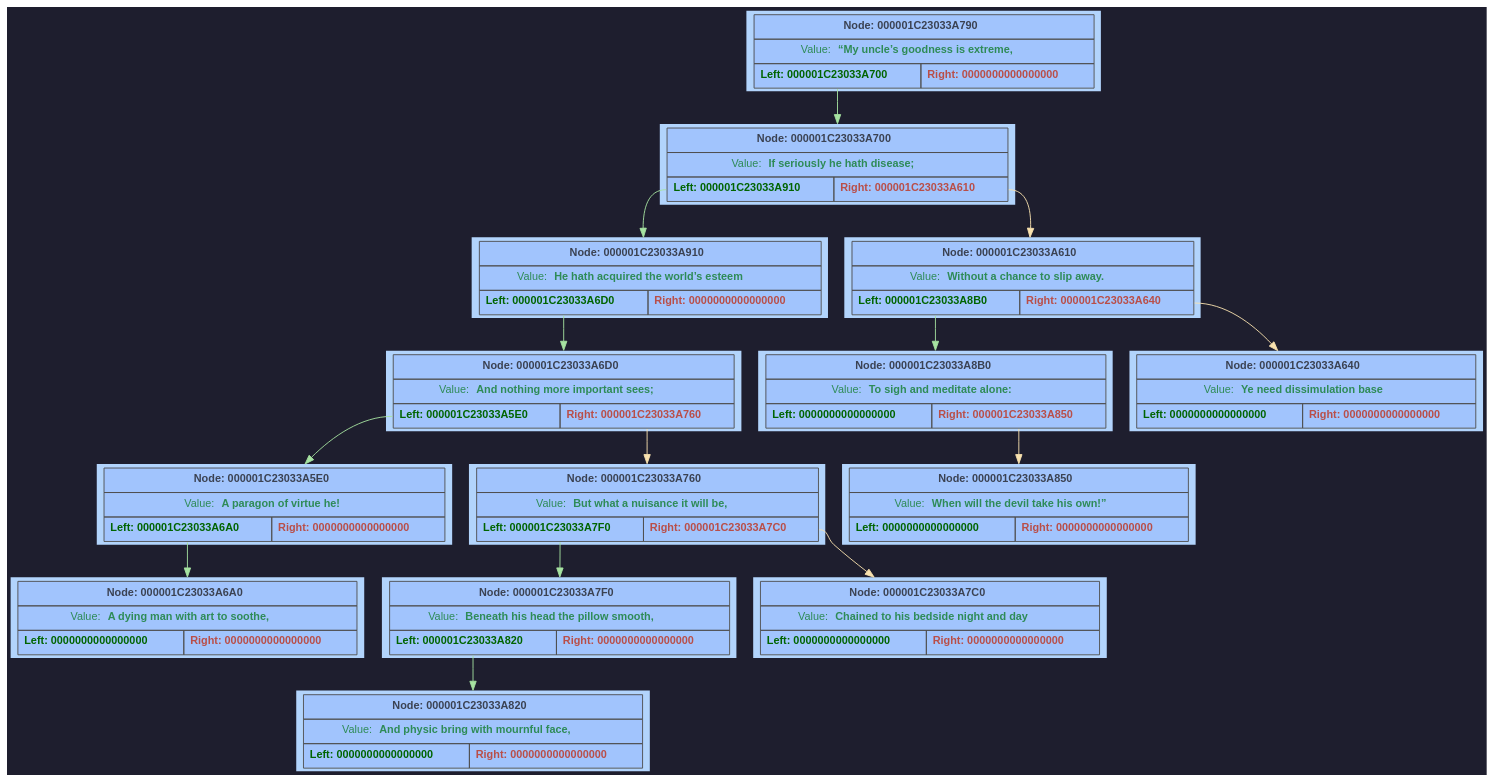
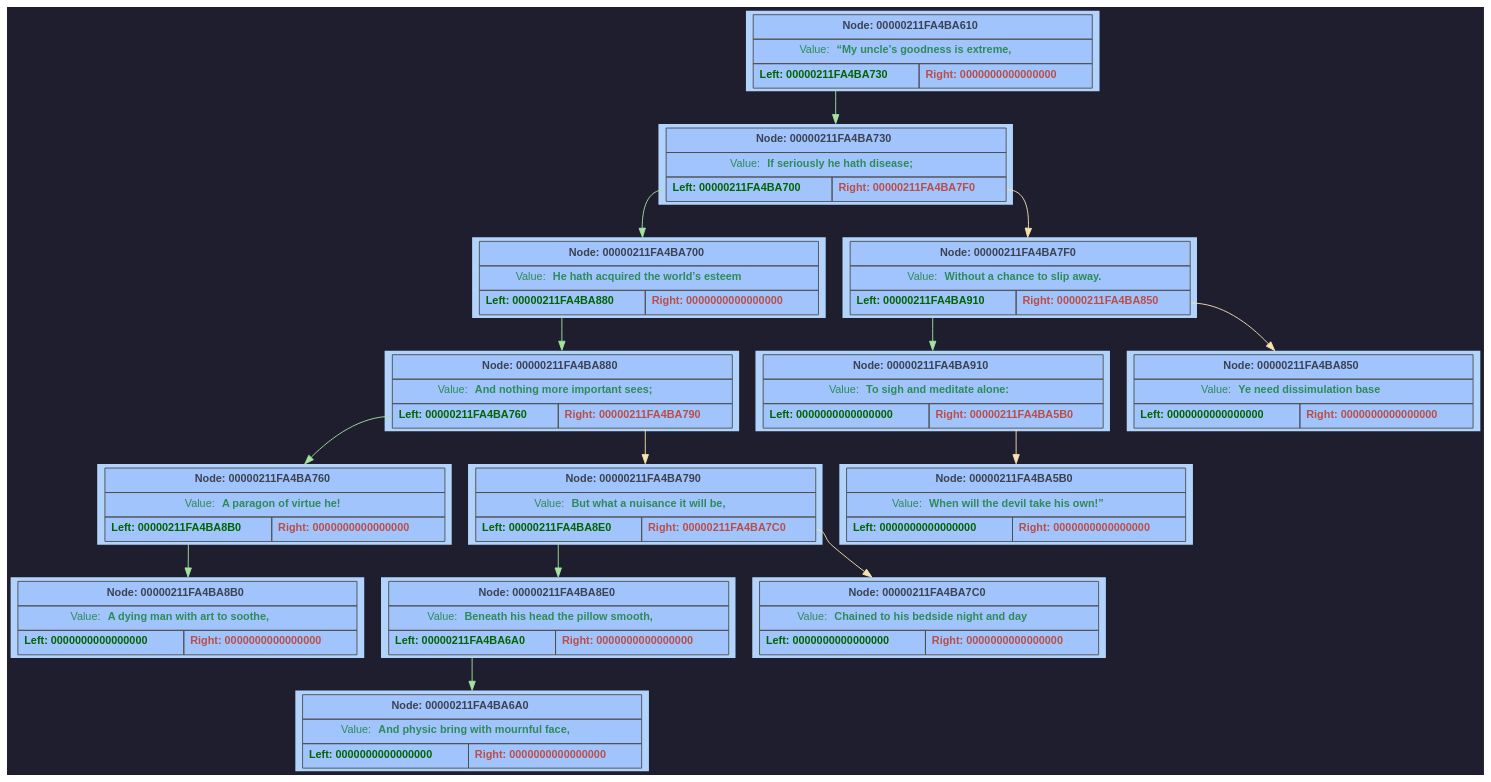
The diagram in OrdinaryBinaryTree/GraphDump/dump.dot (F1merhub/Binary_Tree), drawn with Graphviz before and after one commit. The commit also changed 3 other files, not shown here.

```diff
--- a/OrdinaryBinaryTree/GraphDump/dump.dot
+++ b/OrdinaryBinaryTree/GraphDump/dump.dot
@@ -2,143 +2,143 @@
 	rankdir = TB;
 	bgcolor="#1e1e2e";
 	node [shape=rectangle, style=filled, fontname=Helvetica, fontsize=12, fillcolor="#89b4fa", color="#cba6f7", fontcolor="#1e1e2e"];
-	node000001C23033A790 [shape=plaintext; style=filled; color="#fcf0d2"; fillcolor="#b2d4fc"; label = <
+	node00000211FA4BA610 [shape=plaintext; style=filled; color="#fcf0d2"; fillcolor="#b2d4fc"; label = <
 		         <table BORDER="0" CELLBORDER="1" CELLSPACING="0" CELLPADDING="6" BGCOLOR="#a1c4fd" COLOR="#4f4f4f">
-			           <tr><td align='center' colspan='2'><FONT COLOR='#3b4252'><b>Node: 000001C23033A790</b></FONT></td></tr>
+			           <tr><td align='center' colspan='2'><FONT COLOR='#3b4252'><b>Node: 00000211FA4BA610</b></FONT></td></tr>
 			           <tr><td align='center' colspan='2'><FONT COLOR='#2e8b57'>Value: <b>“My uncle’s goodness is extreme,</b></FONT></td></tr>
 			           <tr>
-			               <td WIDTH='150' PORT='left'  align='center'><FONT COLOR='#006400'><b>Left: 000001C23033A700</b></FONT></td>
+			               <td WIDTH='150' PORT='left'  align='center'><FONT COLOR='#006400'><b>Left: 00000211FA4BA730</b></FONT></td>
 			               <td WIDTH='150' PORT='right' align='center'><FONT COLOR='#b94e48'><b>Right: 0000000000000000</b></FONT></td>
 			           </tr>
 		         </table> >];
-	node000001C23033A700 [shape=plaintext; style=filled; color="#fcf0d2"; fillcolor="#b2d4fc"; label = <
+	node00000211FA4BA730 [shape=plaintext; style=filled; color="#fcf0d2"; fillcolor="#b2d4fc"; label = <
 		         <table BORDER="0" CELLBORDER="1" CELLSPACING="0" CELLPADDING="6" BGCOLOR="#a1c4fd" COLOR="#4f4f4f">
-			           <tr><td align='center' colspan='2'><FONT COLOR='#3b4252'><b>Node: 000001C23033A700</b></FONT></td></tr>
+			           <tr><td align='center' colspan='2'><FONT COLOR='#3b4252'><b>Node: 00000211FA4BA730</b></FONT></td></tr>
 			           <tr><td align='center' colspan='2'><FONT COLOR='#2e8b57'>Value: <b>If seriously he hath disease;</b></FONT></td></tr>
 			           <tr>
-			               <td WIDTH='150' PORT='left'  align='center'><FONT COLOR='#006400'><b>Left: 000001C23033A910</b></FONT></td>
-			               <td WIDTH='150' PORT='right' align='center'><FONT COLOR='#b94e48'><b>Right: 000001C23033A610</b></FONT></td>
+			               <td WIDTH='150' PORT='left'  align='center'><FONT COLOR='#006400'><b>Left: 00000211FA4BA700</b></FONT></td>
+			               <td WIDTH='150' PORT='right' align='center'><FONT COLOR='#b94e48'><b>Right: 00000211FA4BA7F0</b></FONT></td>
 			           </tr>
 		         </table> >];
-	node000001C23033A910 [shape=plaintext; style=filled; color="#fcf0d2"; fillcolor="#b2d4fc"; label = <
+	node00000211FA4BA700 [shape=plaintext; style=filled; color="#fcf0d2"; fillcolor="#b2d4fc"; label = <
 		         <table BORDER="0" CELLBORDER="1" CELLSPACING="0" CELLPADDING="6" BGCOLOR="#a1c4fd" COLOR="#4f4f4f">
-			           <tr><td align='center' colspan='2'><FONT COLOR='#3b4252'><b>Node: 000001C23033A910</b></FONT></td></tr>
+			           <tr><td align='center' colspan='2'><FONT COLOR='#3b4252'><b>Node: 00000211FA4BA700</b></FONT></td></tr>
 			           <tr><td align='center' colspan='2'><FONT COLOR='#2e8b57'>Value: <b>He hath acquired the world’s esteem</b></FONT></td></tr>
 			           <tr>
-			               <td WIDTH='150' PORT='left'  align='center'><FONT COLOR='#006400'><b>Left: 000001C23033A6D0</b></FONT></td>
+			               <td WIDTH='150' PORT='left'  align='center'><FONT COLOR='#006400'><b>Left: 00000211FA4BA880</b></FONT></td>
 			               <td WIDTH='150' PORT='right' align='center'><FONT COLOR='#b94e48'><b>Right: 0000000000000000</b></FONT></td>
 			           </tr>
 		         </table> >];
-	node000001C23033A6D0 [shape=plaintext; style=filled; color="#fcf0d2"; fillcolor="#b2d4fc"; label = <
+	node00000211FA4BA880 [shape=plaintext; style=filled; color="#fcf0d2"; fillcolor="#b2d4fc"; label = <
 		         <table BORDER="0" CELLBORDER="1" CELLSPACING="0" CELLPADDING="6" BGCOLOR="#a1c4fd" COLOR="#4f4f4f">
-			           <tr><td align='center' colspan='2'><FONT COLOR='#3b4252'><b>Node: 000001C23033A6D0</b></FONT></td></tr>
+			           <tr><td align='center' colspan='2'><FONT COLOR='#3b4252'><b>Node: 00000211FA4BA880</b></FONT></td></tr>
 			           <tr><td align='center' colspan='2'><FONT COLOR='#2e8b57'>Value: <b>And nothing more important sees;</b></FONT></td></tr>
 			           <tr>
-			               <td WIDTH='150' PORT='left'  align='center'><FONT COLOR='#006400'><b>Left: 000001C23033A5E0</b></FONT></td>
-			               <td WIDTH='150' PORT='right' align='center'><FONT COLOR='#b94e48'><b>Right: 000001C23033A760</b></FONT></td>
+			               <td WIDTH='150' PORT='left'  align='center'><FONT COLOR='#006400'><b>Left: 00000211FA4BA760</b></FONT></td>
+			               <td WIDTH='150' PORT='right' align='center'><FONT COLOR='#b94e48'><b>Right: 00000211FA4BA790</b></FONT></td>
 			           </tr>
 		         </table> >];
-	node000001C23033A5E0 [shape=plaintext; style=filled; color="#fcf0d2"; fillcolor="#b2d4fc"; label = <
+	node00000211FA4BA760 [shape=plaintext; style=filled; color="#fcf0d2"; fillcolor="#b2d4fc"; label = <
 		         <table BORDER="0" CELLBORDER="1" CELLSPACING="0" CELLPADDING="6" BGCOLOR="#a1c4fd" COLOR="#4f4f4f">
-			           <tr><td align='center' colspan='2'><FONT COLOR='#3b4252'><b>Node: 000001C23033A5E0</b></FONT></td></tr>
+			           <tr><td align='center' colspan='2'><FONT COLOR='#3b4252'><b>Node: 00000211FA4BA760</b></FONT></td></tr>
 			           <tr><td align='center' colspan='2'><FONT COLOR='#2e8b57'>Value: <b>A paragon of virtue he!</b></FONT></td></tr>
 			           <tr>
-			               <td WIDTH='150' PORT='left'  align='center'><FONT COLOR='#006400'><b>Left: 000001C23033A6A0</b></FONT></td>
+			               <td WIDTH='150' PORT='left'  align='center'><FONT COLOR='#006400'><b>Left: 00000211FA4BA8B0</b></FONT></td>
 			               <td WIDTH='150' PORT='right' align='center'><FONT COLOR='#b94e48'><b>Right: 0000000000000000</b></FONT></td>
 			           </tr>
 		         </table> >];
-	node000001C23033A6A0 [shape=plaintext; style=filled; color="#fcf0d2"; fillcolor="#b2d4fc"; label = <
+	node00000211FA4BA8B0 [shape=plaintext; style=filled; color="#fcf0d2"; fillcolor="#b2d4fc"; label = <
 		         <table BORDER="0" CELLBORDER="1" CELLSPACING="0" CELLPADDING="6" BGCOLOR="#a1c4fd" COLOR="#4f4f4f">
-			           <tr><td align='center' colspan='2'><FONT COLOR='#3b4252'><b>Node: 000001C23033A6A0</b></FONT></td></tr>
+			           <tr><td align='center' colspan='2'><FONT COLOR='#3b4252'><b>Node: 00000211FA4BA8B0</b></FONT></td></tr>
 			           <tr><td align='center' colspan='2'><FONT COLOR='#2e8b57'>Value: <b>A dying man with art to soothe,</b></FONT></td></tr>
 			           <tr>
 			               <td WIDTH='150' PORT='left'  align='center'><FONT COLOR='#006400'><b>Left: 0000000000000000</b></FONT></td>
 			               <td WIDTH='150' PORT='right' align='center'><FONT COLOR='#b94e48'><b>Right: 0000000000000000</b></FONT></td>
 			           </tr>
 		         </table> >];
-	node000001C23033A5E0:left -> node000001C23033A6A0 [color="#a6e3a1"]
-	node000001C23033A6D0:left -> node000001C23033A5E0 [color="#a6e3a1"]
-	node000001C23033A760 [shape=plaintext; style=filled; color="#fcf0d2"; fillcolor="#b2d4fc"; label = <
+	node00000211FA4BA760:left -> node00000211FA4BA8B0 [color="#a6e3a1"]
+	node00000211FA4BA880:left -> node00000211FA4BA760 [color="#a6e3a1"]
+	node00000211FA4BA790 [shape=plaintext; style=filled; color="#fcf0d2"; fillcolor="#b2d4fc"; label = <
 		         <table BORDER="0" CELLBORDER="1" CELLSPACING="0" CELLPADDING="6" BGCOLOR="#a1c4fd" COLOR="#4f4f4f">
-			           <tr><td align='center' colspan='2'><FONT COLOR='#3b4252'><b>Node: 000001C23033A760</b></FONT></td></tr>
+			           <tr><td align='center' colspan='2'><FONT COLOR='#3b4252'><b>Node: 00000211FA4BA790</b></FONT></td></tr>
 			           <tr><td align='center' colspan='2'><FONT COLOR='#2e8b57'>Value: <b>But what a nuisance it will be,</b></FONT></td></tr>
 			           <tr>
-			               <td WIDTH='150' PORT='left'  align='center'><FONT COLOR='#006400'><b>Left: 000001C23033A7F0</b></FONT></td>
-			               <td WIDTH='150' PORT='right' align='center'><FONT COLOR='#b94e48'><b>Right: 000001C23033A7C0</b></FONT></td>
+			               <td WIDTH='150' PORT='left'  align='center'><FONT COLOR='#006400'><b>Left: 00000211FA4BA8E0</b></FONT></td>
+			               <td WIDTH='150' PORT='right' align='center'><FONT COLOR='#b94e48'><b>Right: 00000211FA4BA7C0</b></FONT></td>
 			           </tr>
 		         </table> >];
-	node000001C23033A7F0 [shape=plaintext; style=filled; color="#fcf0d2"; fillcolor="#b2d4fc"; label = <
+	node00000211FA4BA8E0 [shape=plaintext; style=filled; color="#fcf0d2"; fillcolor="#b2d4fc"; label = <
 		         <table BORDER="0" CELLBORDER="1" CELLSPACING="0" CELLPADDING="6" BGCOLOR="#a1c4fd" COLOR="#4f4f4f">
-			           <tr><td align='center' colspan='2'><FONT COLOR='#3b4252'><b>Node: 000001C23033A7F0</b></FONT></td></tr>
+			           <tr><td align='center' colspan='2'><FONT COLOR='#3b4252'><b>Node: 00000211FA4BA8E0</b></FONT></td></tr>
 			           <tr><td align='center' colspan='2'><FONT COLOR='#2e8b57'>Value: <b>Beneath his head the pillow smooth,</b></FONT></td></tr>
 			           <tr>
-			               <td WIDTH='150' PORT='left'  align='center'><FONT COLOR='#006400'><b>Left: 000001C23033A820</b></FONT></td>
+			               <td WIDTH='150' PORT='left'  align='center'><FONT COLOR='#006400'><b>Left: 00000211FA4BA6A0</b></FONT></td>
 			               <td WIDTH='150' PORT='right' align='center'><FONT COLOR='#b94e48'><b>Right: 0000000000000000</b></FONT></td>
 			           </tr>
 		         </table> >];
-	node000001C23033A820 [shape=plaintext; style=filled; color="#fcf0d2"; fillcolor="#b2d4fc"; label = <
+	node00000211FA4BA6A0 [shape=plaintext; style=filled; color="#fcf0d2"; fillcolor="#b2d4fc"; label = <
 		         <table BORDER="0" CELLBORDER="1" CELLSPACING="0" CELLPADDING="6" BGCOLOR="#a1c4fd" COLOR="#4f4f4f">
-			           <tr><td align='center' colspan='2'><FONT COLOR='#3b4252'><b>Node: 000001C23033A820</b></FONT></td></tr>
+			           <tr><td align='center' colspan='2'><FONT COLOR='#3b4252'><b>Node: 00000211FA4BA6A0</b></FONT></td></tr>
 			           <tr><td align='center' colspan='2'><FONT COLOR='#2e8b57'>Value: <b>And physic bring with mournful face,</b></FONT></td></tr>
 			           <tr>
 			               <td WIDTH='150' PORT='left'  align='center'><FONT COLOR='#006400'><b>Left: 0000000000000000</b></FONT></td>
 			               <td WIDTH='150' PORT='right' align='center'><FONT COLOR='#b94e48'><b>Right: 0000000000000000</b></FONT></td>
 			           </tr>
 		         </table> >];
-	node000001C23033A7F0:left -> node000001C23033A820 [color="#a6e3a1"]
-	node000001C23033A760:left -> node000001C23033A7F0 [color="#a6e3a1"]
-	node000001C23033A7C0 [shape=plaintext; style=filled; color="#fcf0d2"; fillcolor="#b2d4fc"; label = <
+	node00000211FA4BA8E0:left -> node00000211FA4BA6A0 [color="#a6e3a1"]
+	node00000211FA4BA790:left -> node00000211FA4BA8E0 [color="#a6e3a1"]
+	node00000211FA4BA7C0 [shape=plaintext; style=filled; color="#fcf0d2"; fillcolor="#b2d4fc"; label = <
 		         <table BORDER="0" CELLBORDER="1" CELLSPACING="0" CELLPADDING="6" BGCOLOR="#a1c4fd" COLOR="#4f4f4f">
-			           <tr><td align='center' colspan='2'><FONT COLOR='#3b4252'><b>Node: 000001C23033A7C0</b></FONT></td></tr>
+			           <tr><td align='center' colspan='2'><FONT COLOR='#3b4252'><b>Node: 00000211FA4BA7C0</b></FONT></td></tr>
 			           <tr><td align='center' colspan='2'><FONT COLOR='#2e8b57'>Value: <b>Chained to his bedside night and day</b></FONT></td></tr>
 			           <tr>
 			               <td WIDTH='150' PORT='left'  align='center'><FONT COLOR='#006400'><b>Left: 0000000000000000</b></FONT></td>
 			               <td WIDTH='150' PORT='right' align='center'><FONT COLOR='#b94e48'><b>Right: 0000000000000000</b></FONT></td>
 			           </tr>
 		         </table> >];
-	node000001C23033A760:right -> node000001C23033A7C0 [color="#f9e2af"]
-	node000001C23033A6D0:right -> node000001C23033A760 [color="#f9e2af"]
-	node000001C23033A910:left -> node000001C23033A6D0 [color="#a6e3a1"]
-	node000001C23033A700:left -> node000001C23033A910 [color="#a6e3a1"]
-	node000001C23033A610 [shape=plaintext; style=filled; color="#fcf0d2"; fillcolor="#b2d4fc"; label = <
+	node00000211FA4BA790:right -> node00000211FA4BA7C0 [color="#f9e2af"]
+	node00000211FA4BA880:right -> node00000211FA4BA790 [color="#f9e2af"]
+	node00000211FA4BA700:left -> node00000211FA4BA880 [color="#a6e3a1"]
+	node00000211FA4BA730:left -> node00000211FA4BA700 [color="#a6e3a1"]
+	node00000211FA4BA7F0 [shape=plaintext; style=filled; color="#fcf0d2"; fillcolor="#b2d4fc"; label = <
 		         <table BORDER="0" CELLBORDER="1" CELLSPACING="0" CELLPADDING="6" BGCOLOR="#a1c4fd" COLOR="#4f4f4f">
-			           <tr><td align='center' colspan='2'><FONT COLOR='#3b4252'><b>Node: 000001C23033A610</b></FONT></td></tr>
+			           <tr><td align='center' colspan='2'><FONT COLOR='#3b4252'><b>Node: 00000211FA4BA7F0</b></FONT></td></tr>
 			           <tr><td align='center' colspan='2'><FONT COLOR='#2e8b57'>Value: <b>Without a chance to slip away.</b></FONT></td></tr>
 			           <tr>
-			               <td WIDTH='150' PORT='left'  align='center'><FONT COLOR='#006400'><b>Left: 000001C23033A8B0</b></FONT></td>
-			               <td WIDTH='150' PORT='right' align='center'><FONT COLOR='#b94e48'><b>Right: 000001C23033A640</b></FONT></td>
+			               <td WIDTH='150' PORT='left'  align='center'><FONT COLOR='#006400'><b>Left: 00000211FA4BA910</b></FONT></td>
+			               <td WIDTH='150' PORT='right' align='center'><FONT COLOR='#b94e48'><b>Right: 00000211FA4BA850</b></FONT></td>
 			           </tr>
 		         </table> >];
-	node000001C23033A8B0 [shape=plaintext; style=filled; color="#fcf0d2"; fillcolor="#b2d4fc"; label = <
+	node00000211FA4BA910 [shape=plaintext; style=filled; color="#fcf0d2"; fillcolor="#b2d4fc"; label = <
 		         <table BORDER="0" CELLBORDER="1" CELLSPACING="0" CELLPADDING="6" BGCOLOR="#a1c4fd" COLOR="#4f4f4f">
-			           <tr><td align='center' colspan='2'><FONT COLOR='#3b4252'><b>Node: 000001C23033A8B0</b></FONT></td></tr>
+			           <tr><td align='center' colspan='2'><FONT COLOR='#3b4252'><b>Node: 00000211FA4BA910</b></FONT></td></tr>
 			           <tr><td align='center' colspan='2'><FONT COLOR='#2e8b57'>Value: <b>To sigh and meditate alone:</b></FONT></td></tr>
 			           <tr>
 			               <td WIDTH='150' PORT='left'  align='center'><FONT COLOR='#006400'><b>Left: 0000000000000000</b></FONT></td>
-			               <td WIDTH='150' PORT='right' align='center'><FONT COLOR='#b94e48'><b>Right: 000001C23033A850</b></FONT></td>
+			               <td WIDTH='150' PORT='right' align='center'><FONT COLOR='#b94e48'><b>Right: 00000211FA4BA5B0</b></FONT></td>
 			           </tr>
 		         </table> >];
-	node000001C23033A850 [shape=plaintext; style=filled; color="#fcf0d2"; fillcolor="#b2d4fc"; label = <
+	node00000211FA4BA5B0 [shape=plaintext; style=filled; color="#fcf0d2"; fillcolor="#b2d4fc"; label = <
 		         <table BORDER="0" CELLBORDER="1" CELLSPACING="0" CELLPADDING="6" BGCOLOR="#a1c4fd" COLOR="#4f4f4f">
-			           <tr><td align='center' colspan='2'><FONT COLOR='#3b4252'><b>Node: 000001C23033A850</b></FONT></td></tr>
+			           <tr><td align='center' colspan='2'><FONT COLOR='#3b4252'><b>Node: 00000211FA4BA5B0</b></FONT></td></tr>
 			           <tr><td align='center' colspan='2'><FONT COLOR='#2e8b57'>Value: <b>When will the devil take his own!”</b></FONT></td></tr>
 			           <tr>
 			               <td WIDTH='150' PORT='left'  align='center'><FONT COLOR='#006400'><b>Left: 0000000000000000</b></FONT></td>
 			               <td WIDTH='150' PORT='right' align='center'><FONT COLOR='#b94e48'><b>Right: 0000000000000000</b></FONT></td>
 			           </tr>
 		         </table> >];
-	node000001C23033A8B0:right -> node000001C23033A850 [color="#f9e2af"]
-	node000001C23033A610:left -> node000001C23033A8B0 [color="#a6e3a1"]
-	node000001C23033A640 [shape=plaintext; style=filled; color="#fcf0d2"; fillcolor="#b2d4fc"; label = <
+	node00000211FA4BA910:right -> node00000211FA4BA5B0 [color="#f9e2af"]
+	node00000211FA4BA7F0:left -> node00000211FA4BA910 [color="#a6e3a1"]
+	node00000211FA4BA850 [shape=plaintext; style=filled; color="#fcf0d2"; fillcolor="#b2d4fc"; label = <
 		         <table BORDER="0" CELLBORDER="1" CELLSPACING="0" CELLPADDING="6" BGCOLOR="#a1c4fd" COLOR="#4f4f4f">
-			           <tr><td align='center' colspan='2'><FONT COLOR='#3b4252'><b>Node: 000001C23033A640</b></FONT></td></tr>
+			           <tr><td align='center' colspan='2'><FONT COLOR='#3b4252'><b>Node: 00000211FA4BA850</b></FONT></td></tr>
 			           <tr><td align='center' colspan='2'><FONT COLOR='#2e8b57'>Value: <b>Ye need dissimulation base</b></FONT></td></tr>
 			           <tr>
 			               <td WIDTH='150' PORT='left'  align='center'><FONT COLOR='#006400'><b>Left: 0000000000000000</b></FONT></td>
 			               <td WIDTH='150' PORT='right' align='center'><FONT COLOR='#b94e48'><b>Right: 0000000000000000</b></FONT></td>
 			           </tr>
 		         </table> >];
-	node000001C23033A610:right -> node000001C23033A640 [color="#f9e2af"]
-	node000001C23033A700:right -> node000001C23033A610 [color="#f9e2af"]
-	node000001C23033A790:left -> node000001C23033A700 [color="#a6e3a1"]
+	node00000211FA4BA7F0:right -> node00000211FA4BA850 [color="#f9e2af"]
+	node00000211FA4BA730:right -> node00000211FA4BA7F0 [color="#f9e2af"]
+	node00000211FA4BA610:left -> node00000211FA4BA730 [color="#a6e3a1"]
 }
```
